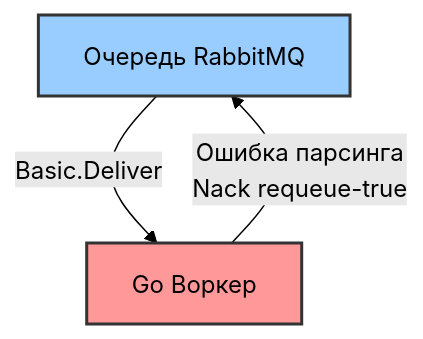
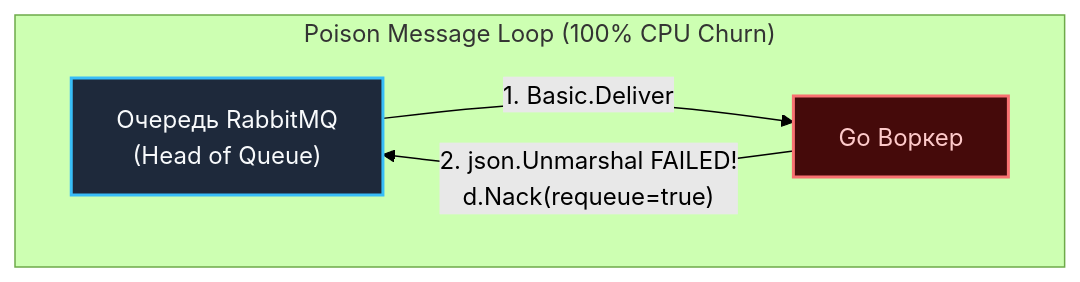
The third of 3 diagrams in sources/13. Очереди, брокеры сообщений и оркестраторы/02. RabbitMQ/4. Acknowledgements и delivery guarantees.md (UnrealTemplier/go-textbook), drawn with Mermaid (forest theme) before and after one commit. The commit also changed other lines of this file, not shown here.

````diff
--- a/sources/13. Очереди, брокеры сообщений и оркестраторы/02. RabbitMQ/4. Acknowledgements и delivery guarantees.md
+++ b/sources/13. Очереди, брокеры сообщений и оркестраторы/02. RabbitMQ/4. Acknowledgements и delivery guarantees.md
@@ -68,7 +105,13 @@
 ```mermaid
 graph TD
-    Q["Очередь RabbitMQ"] -->|"Basic.Deliver"| C["Go Воркер"]
-    C -->|"Ошибка парсинга<br>Nack requeue-true"| Q
-    style C fill:#f99,stroke:#333,stroke-width:2px;
-    style Q fill:#9cf,stroke:#333,stroke-width:2px;
+    subgraph DangerZone ["Poison Message Loop (100% CPU Churn)"]
+        Q["Очередь RabbitMQ<br>(Head of Queue)"] -->|"1. Basic.Deliver"| W["Go Воркер"]
+        W -->|"2. json.Unmarshal FAILED!<br>d.Nack(requeue=true)"| Q
+    end
+
+    classDef err fill:#450a0a,stroke:#f87171,stroke-width:2px,color:#fecaca;
+    classDef q fill:#1e293b,stroke:#38bdf8,stroke-width:2px,color:#f8fafc;
+
+    class W err;
+    class Q q;
 ```
````
